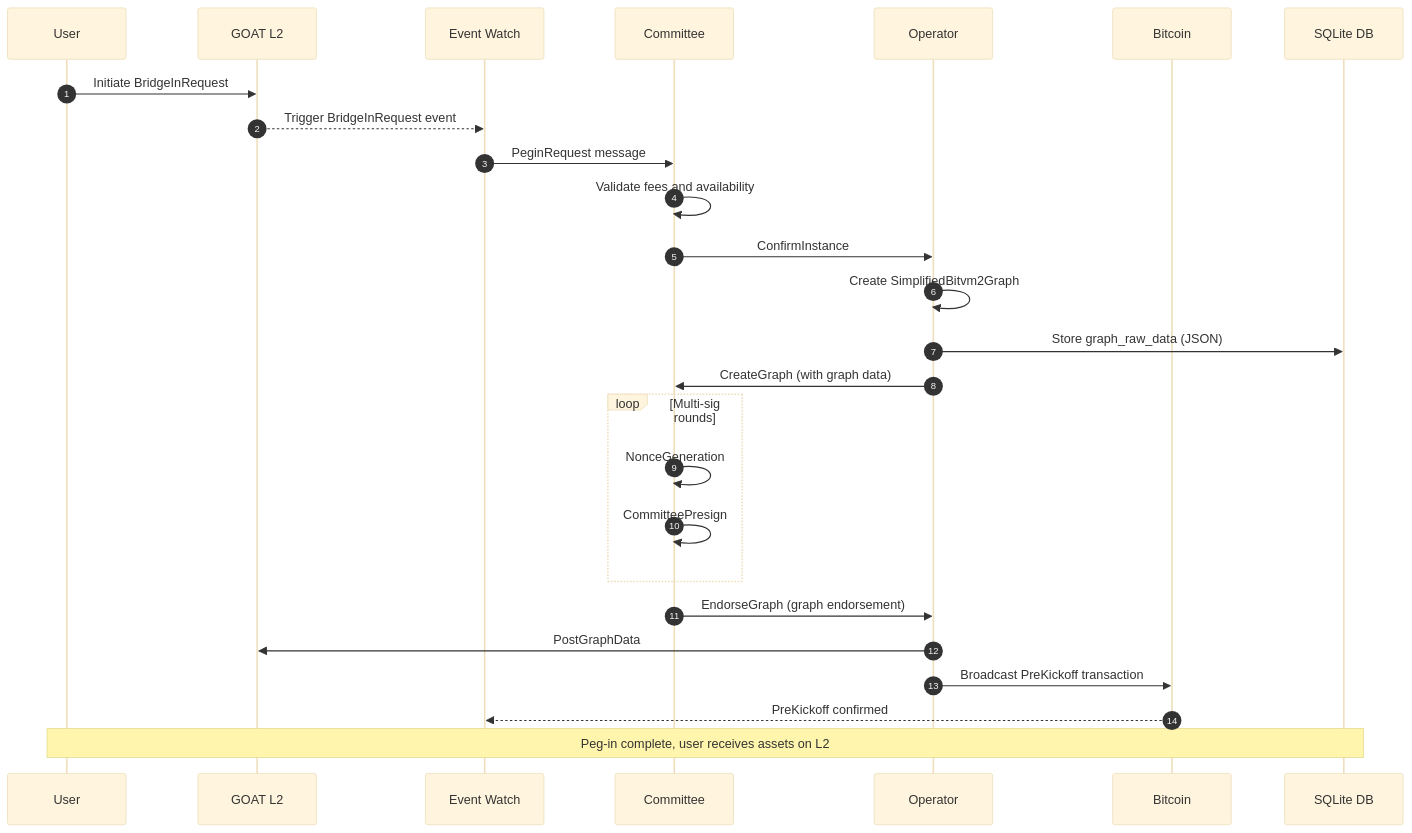
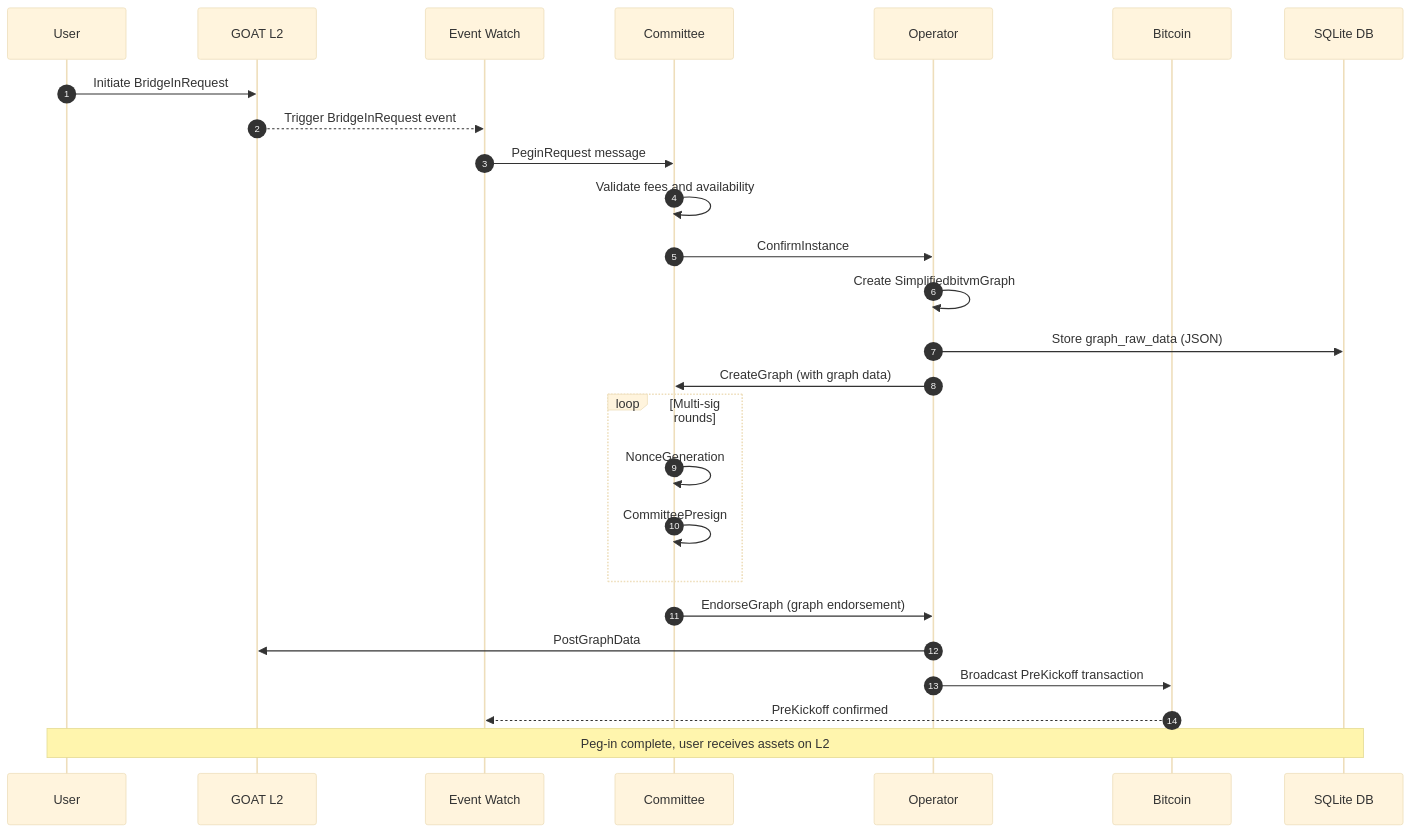
One commit to KSlashh/bitvm2-node changed the fourth of 13 diagrams in node/README.md. Above: the diagram before and after it, drawn with Mermaid (base theme). The commit also changed other lines of this file and 271 other files, not shown here.

````diff
--- a/node/README.md
+++ b/node/README.md
@@ -213,34 +213,34 @@
 ```mermaid
 sequenceDiagram
     autonumber
     participant User
     participant GOAT as GOAT L2
     participant EW as Event Watch
     participant Committee
     participant Operator
     participant BTC as Bitcoin
     participant DB as SQLite DB
 
     User->>GOAT: Initiate BridgeInRequest
     GOAT-->>EW: Trigger BridgeInRequest event
     EW->>Committee: PeginRequest message
 
     Committee->>Committee: Validate fees and availability
     Committee->>Operator: ConfirmInstance
 
-    Operator->>Operator: Create SimplifiedBitvm2Graph
+    Operator->>Operator: Create SimplifiedbitvmGraph
     Operator->>DB: Store graph_raw_data (JSON)
     Operator->>Committee: CreateGraph (with graph data)
 
     loop Multi-sig rounds
         Committee->>Committee: NonceGeneration
         Committee->>Committee: CommitteePresign
     end
 
     Committee->>Operator: EndorseGraph (graph endorsement)
     Operator->>GOAT: PostGraphData
     Operator->>BTC: Broadcast PreKickoff transaction
     BTC-->>EW: PreKickoff confirmed
 
     Note over User,DB: Peg-in complete, user receives assets on L2
 ```
````
